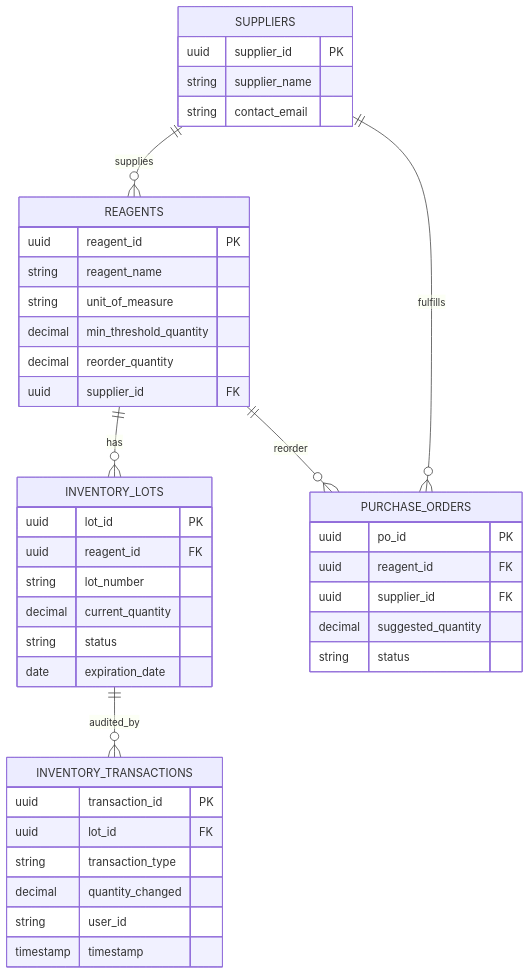
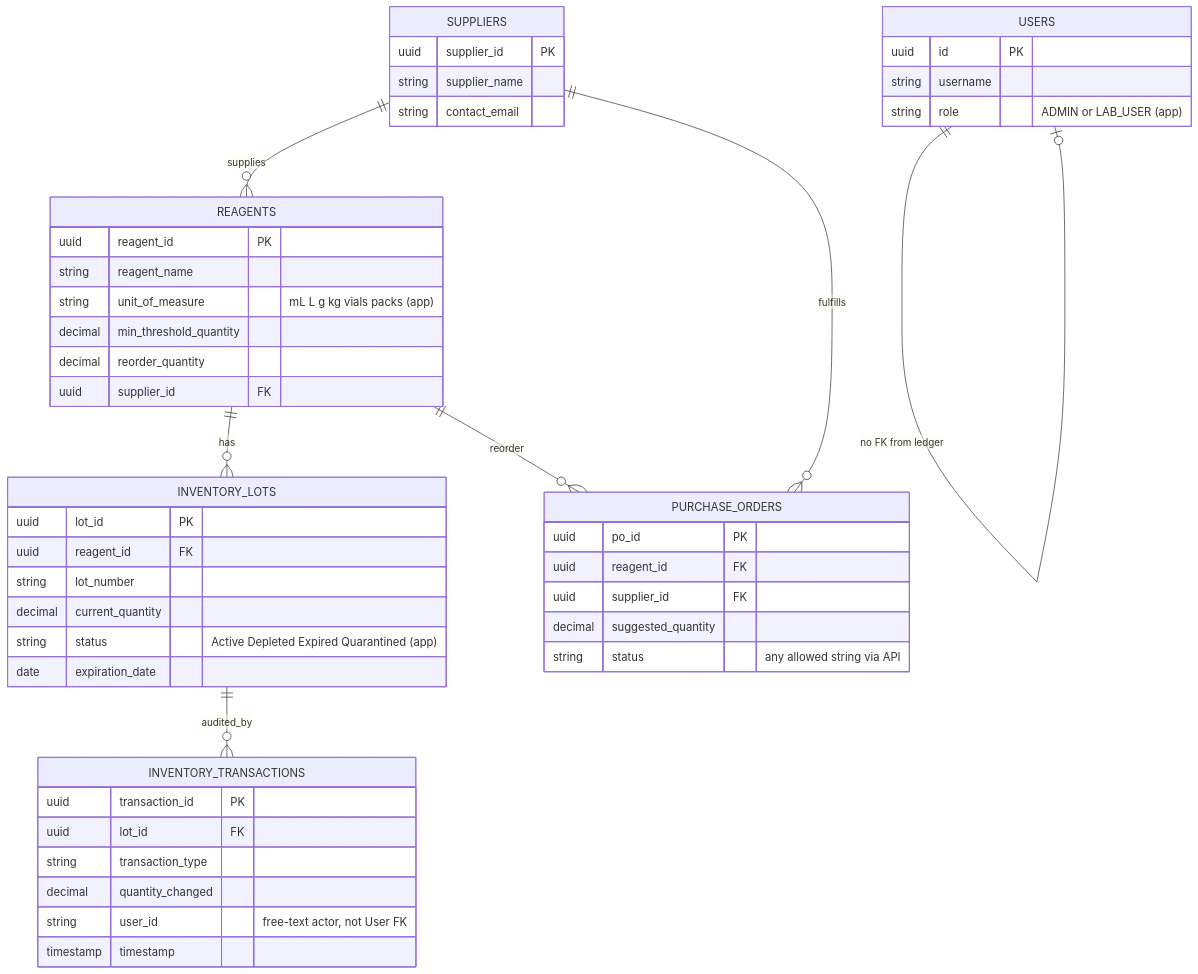
Before and after one commit to raorayala/ml-ims: the fourth of 4 diagrams in docs/ARCHITECTURE.md, drawn with Mermaid. The commit also changed other lines of this file and 13 other files, not shown here.

````diff
--- a/docs/ARCHITECTURE.md
+++ b/docs/ARCHITECTURE.md
@@ -57,45 +84,51 @@
 ```mermaid
 erDiagram
+  USERS ||--o| USERS : "no FK from ledger"
   SUPPLIERS ||--o{ REAGENTS : supplies
   REAGENTS ||--o{ INVENTORY_LOTS : has
   REAGENTS ||--o{ PURCHASE_ORDERS : reorder
   SUPPLIERS ||--o{ PURCHASE_ORDERS : fulfills
   INVENTORY_LOTS ||--o{ INVENTORY_TRANSACTIONS : audited_by
 
+  USERS {
+    uuid id PK
+    string username
+    string role "ADMIN or LAB_USER (app)"
+  }
   SUPPLIERS {
     uuid supplier_id PK
     string supplier_name
     string contact_email
   }
   REAGENTS {
     uuid reagent_id PK
     string reagent_name
-    string unit_of_measure
+    string unit_of_measure "mL L g kg vials packs (app)"
     decimal min_threshold_quantity
     decimal reorder_quantity
     uuid supplier_id FK
   }
   INVENTORY_LOTS {
     uuid lot_id PK
     uuid reagent_id FK
     string lot_number
     decimal current_quantity
-    string status
+    string status "Active Depleted Expired Quarantined (app)"
     date expiration_date
   }
   INVENTORY_TRANSACTIONS {
     uuid transaction_id PK
     uuid lot_id FK
     string transaction_type
     decimal quantity_changed
-    string user_id
+    string user_id "free-text actor, not User FK"
     timestamp timestamp
   }
   PURCHASE_ORDERS {
     uuid po_id PK
     uuid reagent_id FK
     uuid supplier_id FK
     decimal suggested_quantity
-    string status
+    string status "any allowed string via API"
   }
 ```
````
